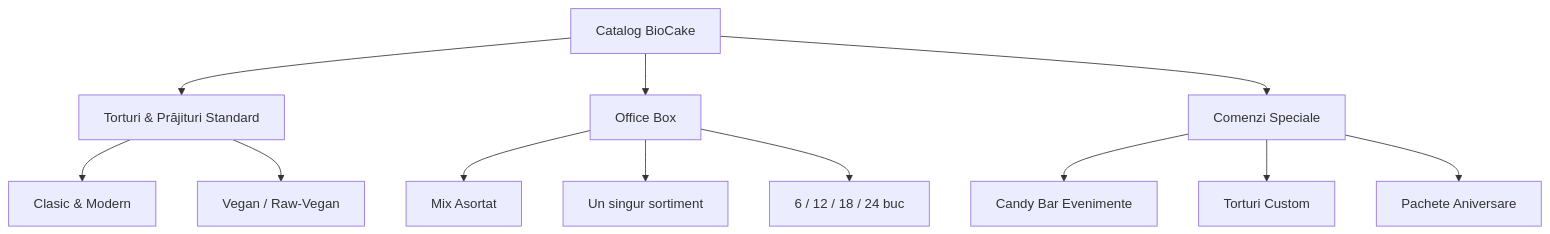
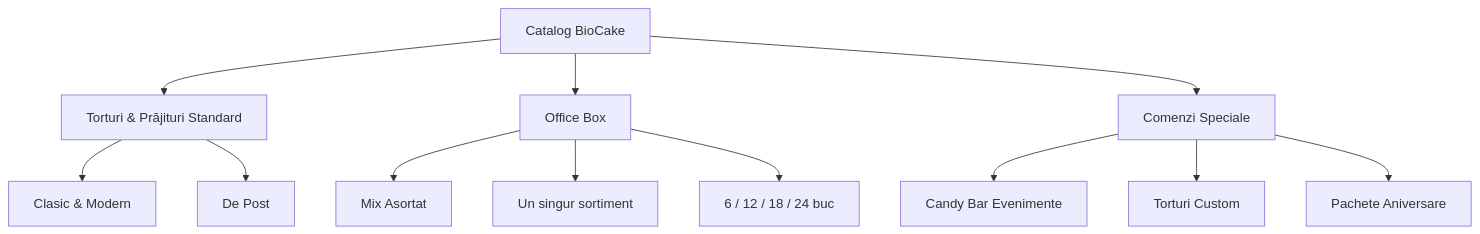
One commit to EmanuelRado/biocake changed the diagram in Plan de Afaceri.md. Above: the diagram before and after it, drawn with Mermaid. The commit also changed other lines of this file and 18 other files, not shown here.

````diff
--- a/Plan de Afaceri.md
+++ b/Plan de Afaceri.md
@@ -38,17 +38,17 @@
 ```mermaid
 graph TD
     A[Catalog BioCake] --> B[Torturi & Prăjituri Standard]
     A --> C[Office Box]
     A --> D[Comenzi Speciale]
 
     B --> B1[Clasic & Modern]
-    B --> B2[Vegan / Raw-Vegan]
+    B --> B2[De Post]
 
     C --> C1[Mix Asortat]
     C --> C2[Un singur sortiment]
     C --> C3[6 / 12 / 18 / 24 buc]
 
     D --> D1[Candy Bar Evenimente]
     D --> D2[Torturi Custom]
     D --> D3[Pachete Aniversare]
 ```
````
